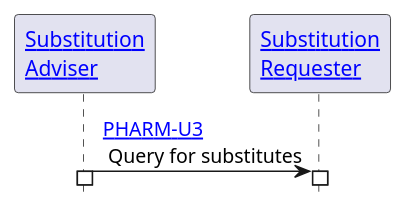
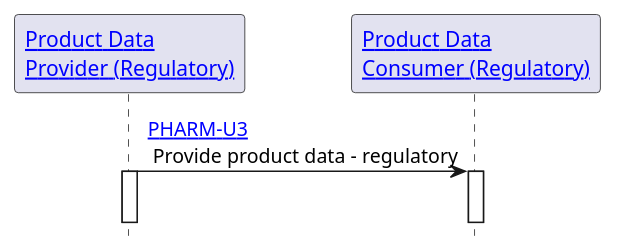
The diagram in input/images-source/u3.plantuml (unicom-project-eu/unicom-ihe-transactions), drawn with PlantUML before and after one commit. The commit also changed 12 other files, not shown here.

```diff
--- a/input/images-source/u3.plantuml
+++ b/input/images-source/u3.plantuml
@@ -1,10 +1,10 @@
 @startuml
 hide footbox
-participant "[[actors_and_transactions.html#substitution-adviser Substitution\nAdviser]]" as a3
-participant "[[actors_and_transactions.html#substitution-requester Substitution\nRequester]]" as a4
+participant "[[actors_and_transactions.html#product-data-provider Product Data\nProvider (Regulatory)]]" as a1
+participant "[[actors_and_transactions.html#product-data-consumer Product Data\nConsumer (Regulatory)]]" as a2
 
-a3 -> a4 : [[u3.html PHARM-U3]]\n Query for substitutes
-activate a3
-activate a4
-
+a1 -> a2 : [[u3.html PHARM-U3]]\n Provide product data - regulatory
+activate a1
+activate a2
+|||
 @enduml
```
